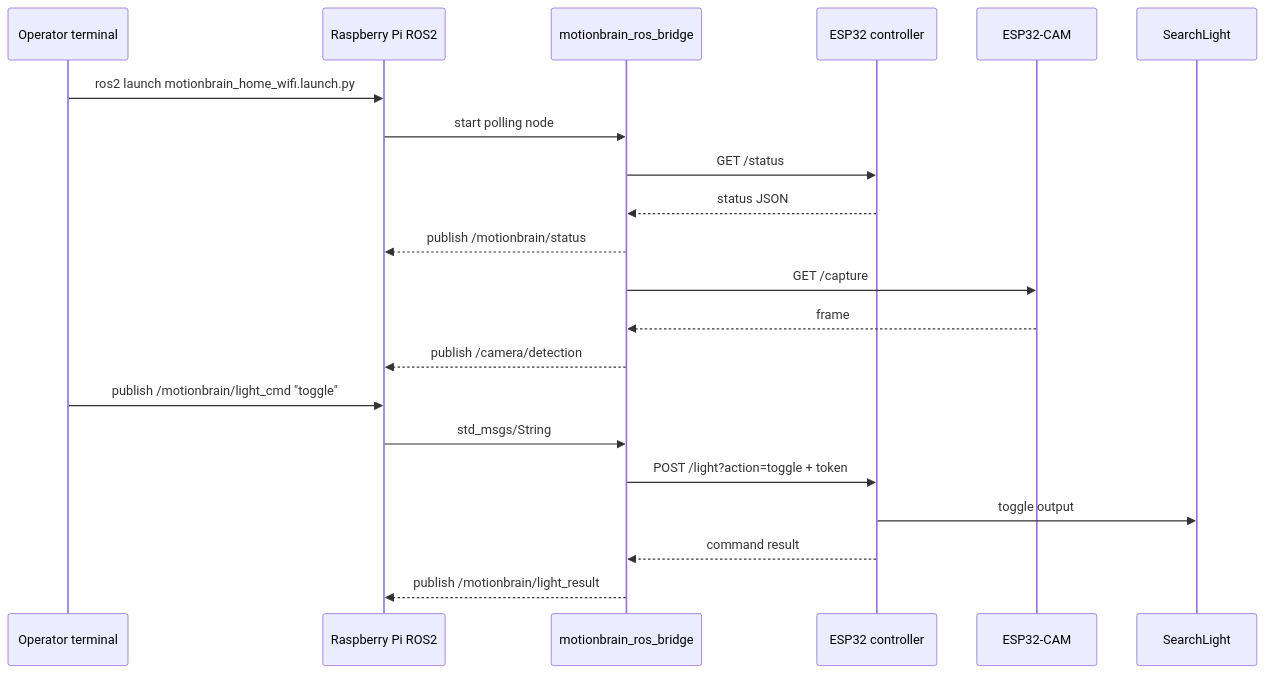
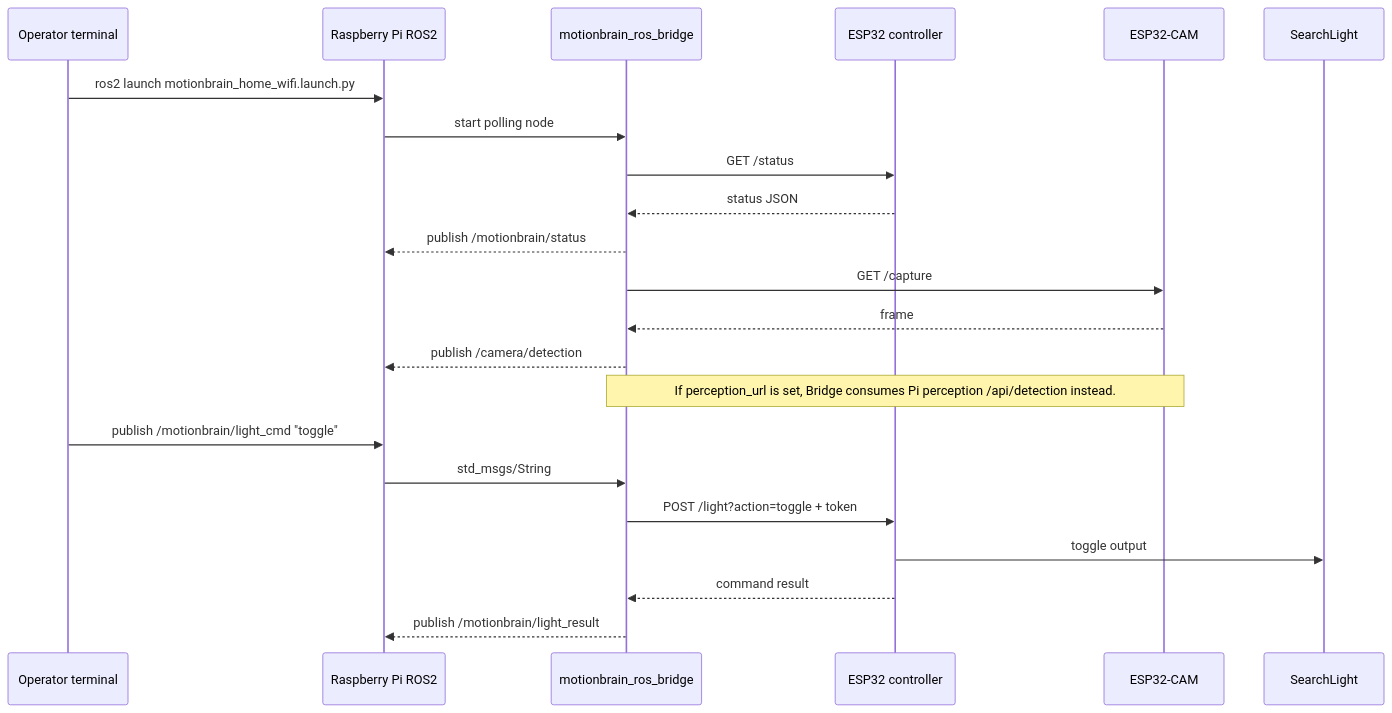
The second of 3 diagrams in docs/ARCHITECTURE_DIAGRAMS.en.md (ParkJsoo/motionbrain), drawn with Mermaid before and after one commit. The commit also changed other lines of this file and 15 other files, not shown here.

````diff
--- a/docs/ARCHITECTURE_DIAGRAMS.en.md
+++ b/docs/ARCHITECTURE_DIAGRAMS.en.md
@@ -32,24 +33,25 @@
 ```mermaid
 sequenceDiagram
   participant User as Operator terminal
   participant ROS as Raspberry Pi ROS2
   participant Bridge as motionbrain_ros_bridge
   participant ESP as ESP32 controller
   participant CAM as ESP32-CAM
   participant Light as SearchLight
 
   User->>ROS: ros2 launch motionbrain_home_wifi.launch.py
   ROS->>Bridge: start polling node
   Bridge->>ESP: GET /status
   ESP-->>Bridge: status JSON
   Bridge-->>ROS: publish /motionbrain/status
   Bridge->>CAM: GET /capture
   CAM-->>Bridge: frame
   Bridge-->>ROS: publish /camera/detection
+  Note over Bridge,CAM: If perception_url is set, Bridge consumes Pi perception /api/detection instead.
   User->>ROS: publish /motionbrain/light_cmd "toggle"
   ROS->>Bridge: std_msgs/String
   Bridge->>ESP: POST /light?action=toggle + token
   ESP->>Light: toggle output
   ESP-->>Bridge: command result
   Bridge-->>ROS: publish /motionbrain/light_result
 ```
````
